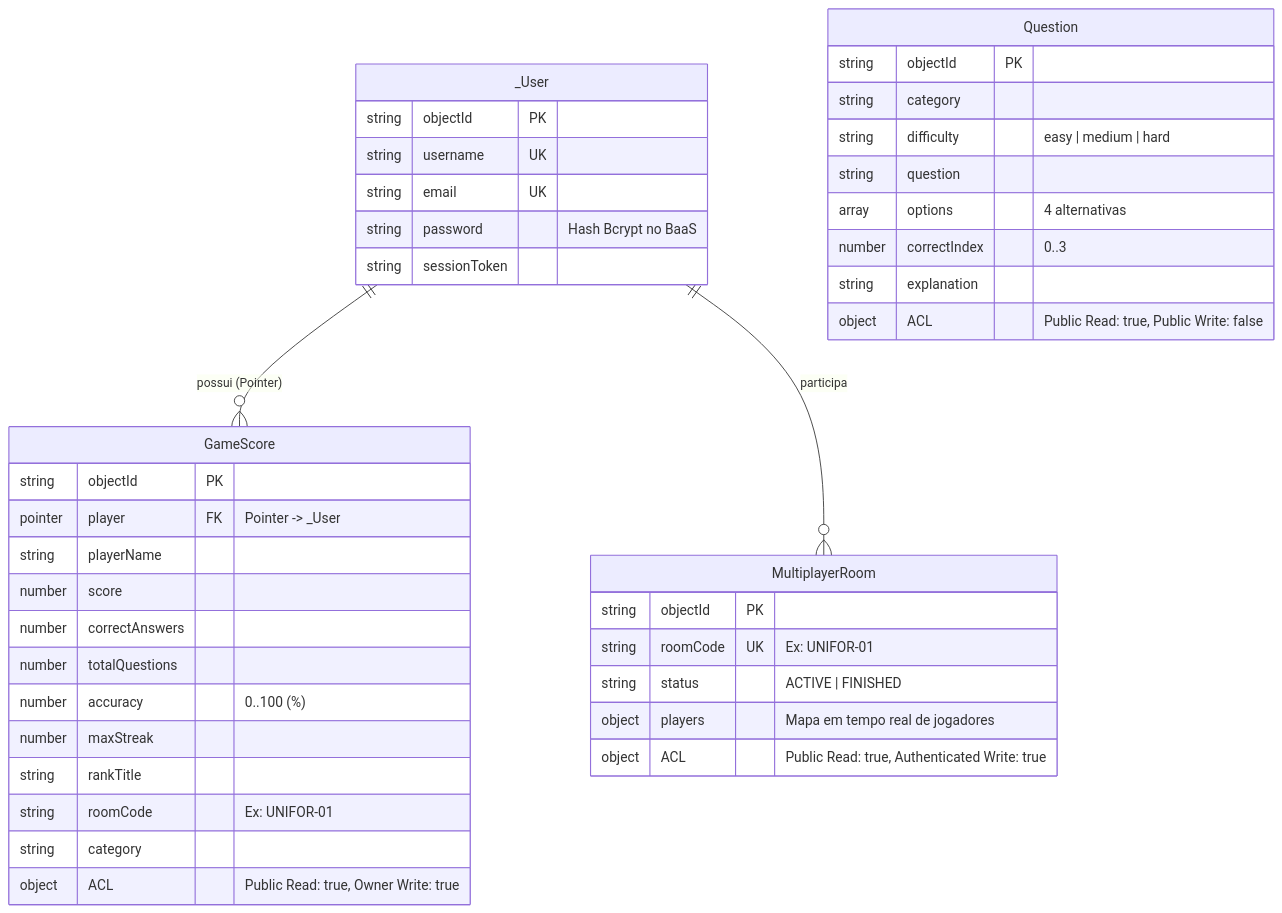
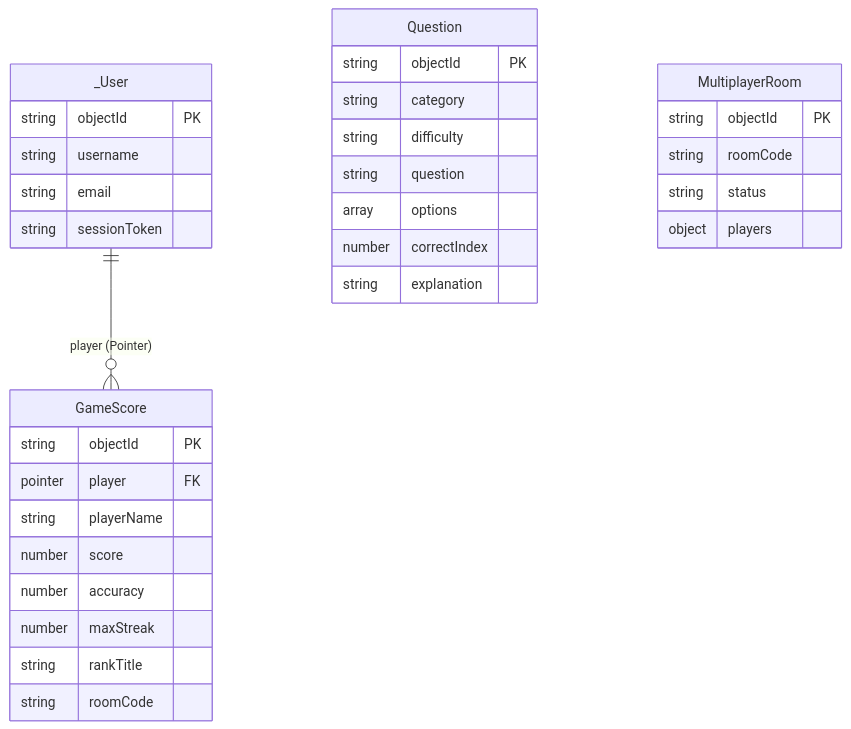
The second of 2 diagrams in docs/ENTREGA_1_E_2_COMPLETO.md (gabriellousada/cloudquiz-arena), drawn with Mermaid before and after one commit. The commit also changed other lines of this file and 13 other files, not shown here.

````diff
--- a/docs/ENTREGA_1_E_2_COMPLETO.md
+++ b/docs/ENTREGA_1_E_2_COMPLETO.md
@@ -140,43 +112,35 @@
 ```mermaid
 erDiagram
-    _User ||--o{ GameScore : "possui (Pointer)"
-    _User ||--o{ MultiplayerRoom : "participa"
+    _User ||--o{ GameScore : "player (Pointer)"
+    _User {
+        string objectId PK
+        string username
+        string email
+        string sessionToken
+    }
     Question {
         string objectId PK
         string category
-        string difficulty "easy | medium | hard"
+        string difficulty
         string question
-        array options "4 alternativas"
-        number correctIndex "0..3"
+        array options
+        number correctIndex
         string explanation
-        object ACL "Public Read: true, Public Write: false"
-    }
-    _User {
-        string objectId PK
-        string username UK
-        string email UK
-        string password "Hash Bcrypt no BaaS"
-        string sessionToken
     }
     GameScore {
         string objectId PK
-        pointer player FK "Pointer -> _User"
+        pointer player FK
         string playerName
         number score
-        number correctAnswers
-        number totalQuestions
-        number accuracy "0..100 (%)"
+        number accuracy
         number maxStreak
         string rankTitle
-        string roomCode "Ex: UNIFOR-01"
-        string category
-        object ACL "Public Read: true, Owner Write: true"
+        string roomCode
     }
     MultiplayerRoom {
         string objectId PK
-        string roomCode UK "Ex: UNIFOR-01"
-        string status "ACTIVE | FINISHED"
-        object players "Mapa em tempo real de jogadores"
-        object ACL "Public Read: true, Authenticated Write: true"
+        string roomCode
+        string status
+        object players
     }
 ```
````
